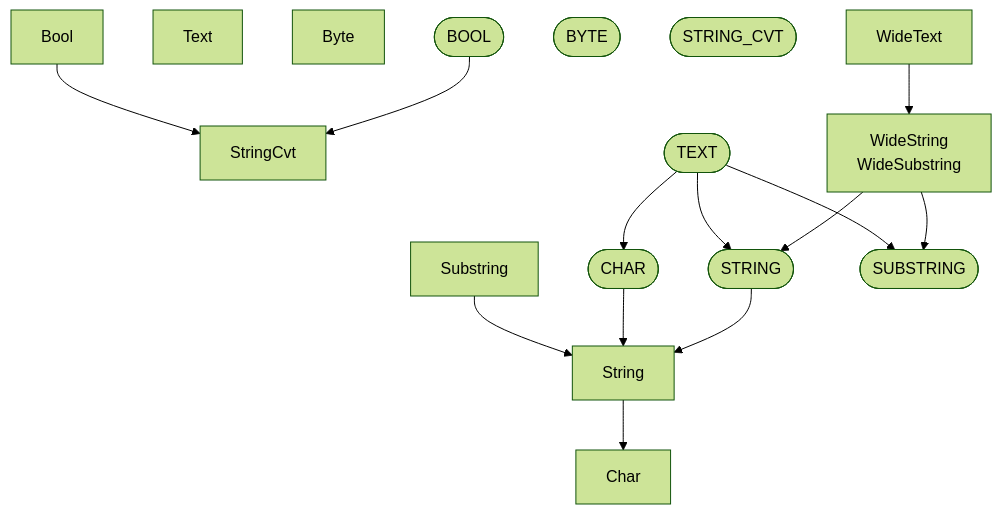
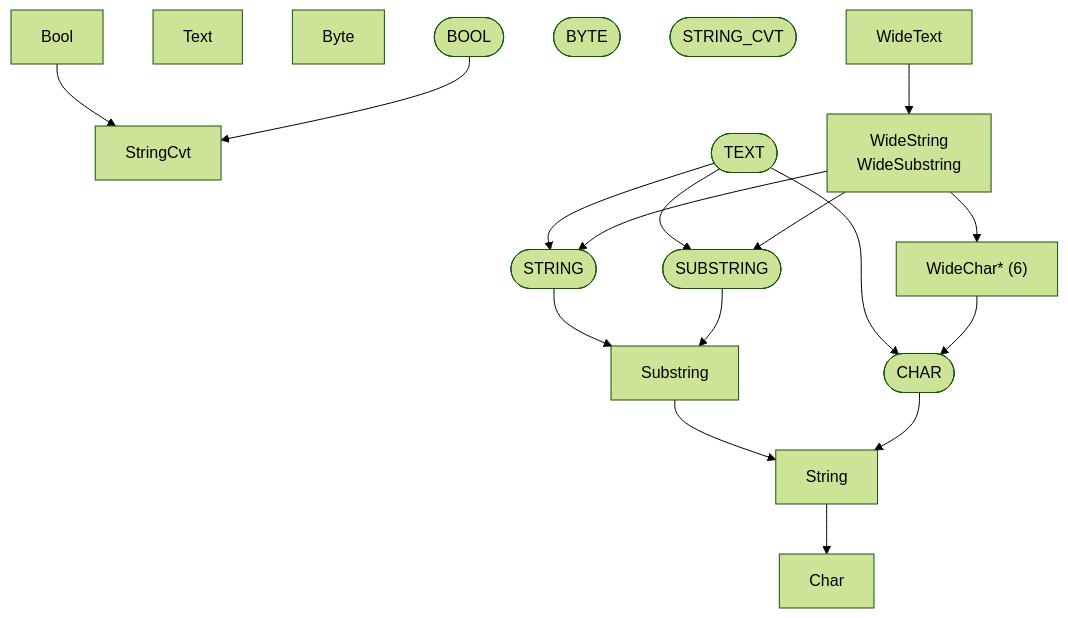
The third of 9 diagrams in docs/generated/basis/depends.md (ruudkoot/rune), drawn with Mermaid (forest theme) before and after one commit. The commit also changed other lines of this file and 76 other files, not shown here.

````diff
--- a/docs/generated/basis/depends.md
+++ b/docs/generated/basis/depends.md
@@ -75,31 +70,35 @@
 ```mermaid
 flowchart TD
   n1["StringCvt"]
   n2["Bool"]
-  n19["Char"]
-  n20["String"]
-  n29["Substring"]
-  n58["Text"]
-  n74["Byte"]
-  n101(["BOOL"])
-  n102(["BYTE"])
-  n103(["CHAR"])
-  n129(["STRING"])
-  n130(["STRING_CVT"])
-  n131(["SUBSTRING"])
-  n141(["TEXT"])
-  n154["WideString<br>WideSubstring"]
-  n155["WideText"]
+  n20["Char"]
+  n21["String"]
+  n30["Substring"]
+  n59["Text"]
+  n75["Byte"]
+  n92(["BOOL"])
+  n93(["BYTE"])
+  n94(["CHAR"])
+  n120(["STRING"])
+  n121(["STRING_CVT"])
+  n122(["SUBSTRING"])
+  n132(["TEXT"])
+  n144["WideChar* (6)"]
+  n145["WideString<br>WideSubstring"]
+  n146["WideText"]
   n2 --> n1
-  n20 --> n19
-  n29 --> n20
-  n101 --> n1
-  n103 --> n20
-  n129 --> n20
-  n141 --> n103
-  n141 --> n129
-  n141 --> n131
-  n154 --> n129
-  n154 --> n131
-  n155 --> n154
+  n21 --> n20
+  n30 --> n21
+  n92 --> n1
+  n94 --> n21
+  n120 --> n30
+  n122 --> n30
+  n132 --> n94
+  n132 --> n120
+  n132 --> n122
+  n144 --> n94
+  n145 --> n144
+  n145 --> n120
+  n145 --> n122
+  n146 --> n145
 ```
````
